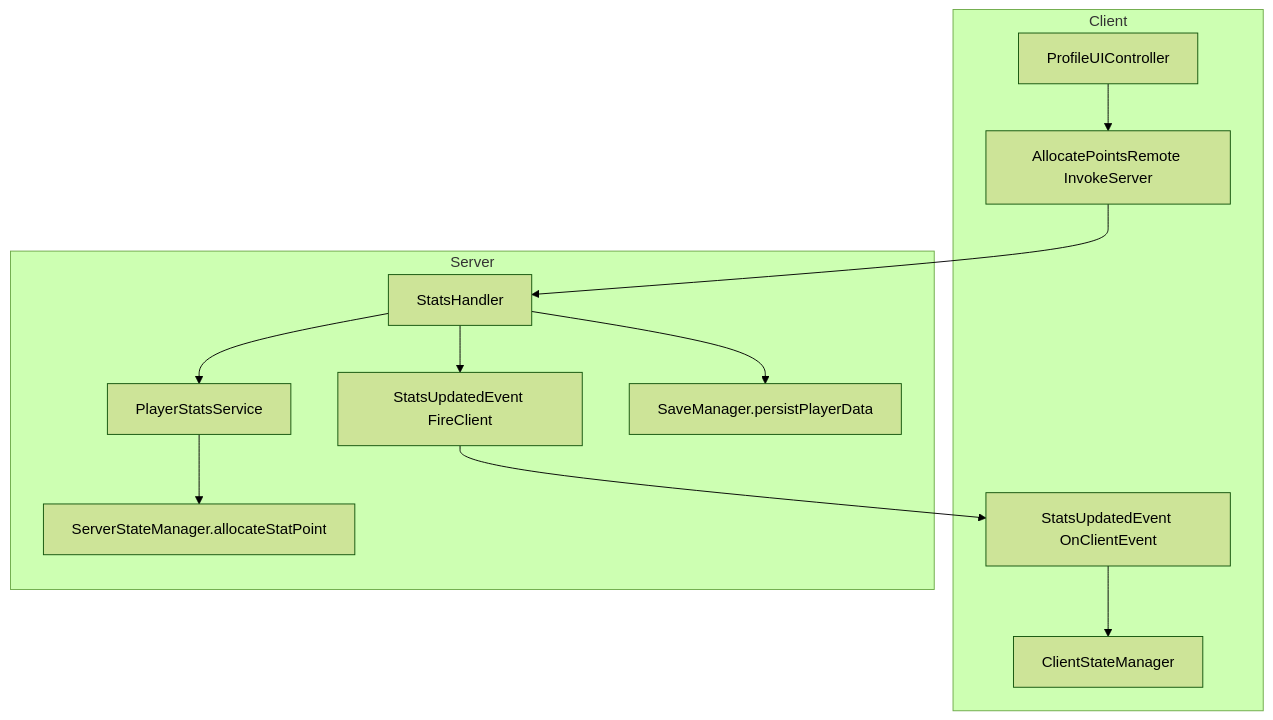
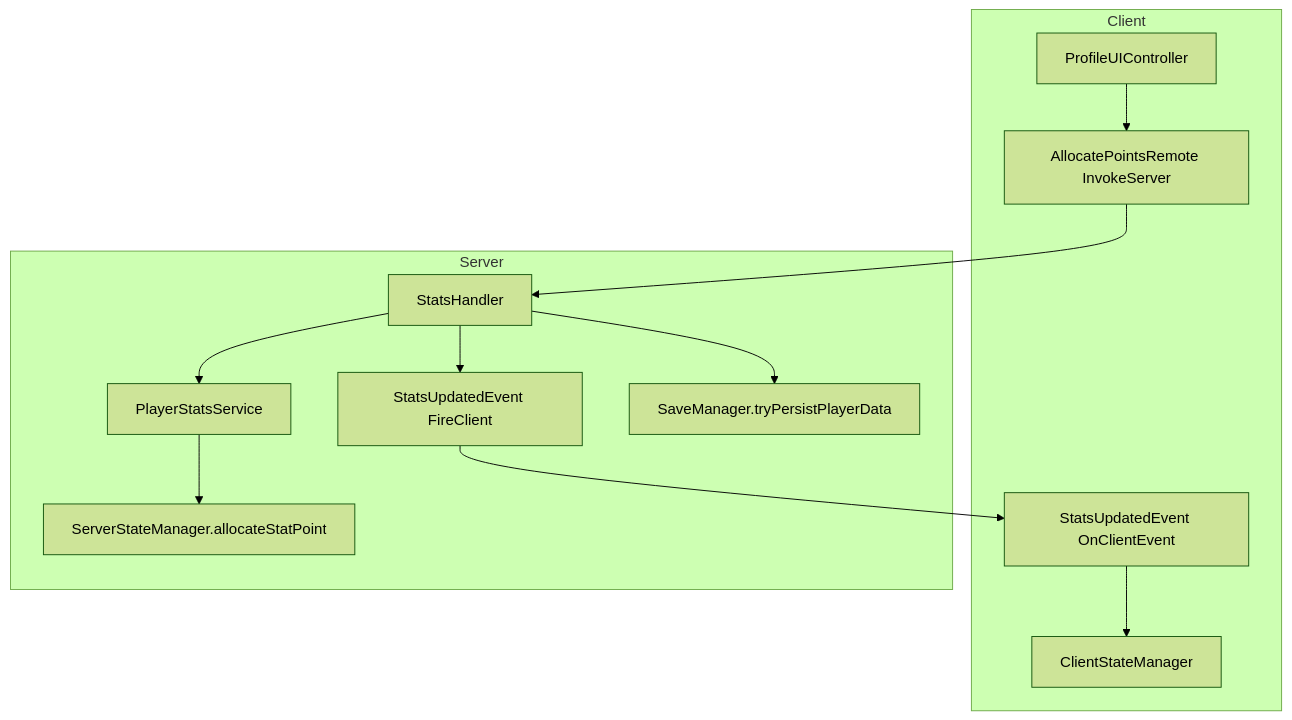
The fourth of 8 diagrams in docs/GAME_ARCHITECTURE.md (tamnguyentech/robloxgame3.0), drawn with Mermaid (forest theme) before and after one commit. The commit also changed other lines of this file and 15 other files, not shown here.

````diff
--- a/docs/GAME_ARCHITECTURE.md
+++ b/docs/GAME_ARCHITECTURE.md
@@ -203,26 +245,26 @@
 ```mermaid
 flowchart TB
     subgraph clientStats [Client]
         ProfileUI[ProfileUIController]
         AllocateInvoke[AllocatePointsRemote InvokeServer]
         StatsEvent[StatsUpdatedEvent OnClientEvent]
         ClientState[ClientStateManager]
         ProfileUI --> AllocateInvoke
         StatsEvent --> ClientState
     end
 
     subgraph serverStats [Server]
         StatsHandler[StatsHandler]
         PlayerStatsService[PlayerStatsService]
         ServerState[ServerStateManager.allocateStatPoint]
         StatsUpdatedEvent[StatsUpdatedEvent FireClient]
-        Persist[SaveManager.persistPlayerData]
+        Persist[SaveManager.tryPersistPlayerData]
         AllocateInvoke --> StatsHandler
         StatsHandler --> PlayerStatsService
         PlayerStatsService --> ServerState
         StatsHandler --> StatsUpdatedEvent
         StatsHandler --> Persist
     end
 
     StatsUpdatedEvent --> StatsEvent
 ```
````
